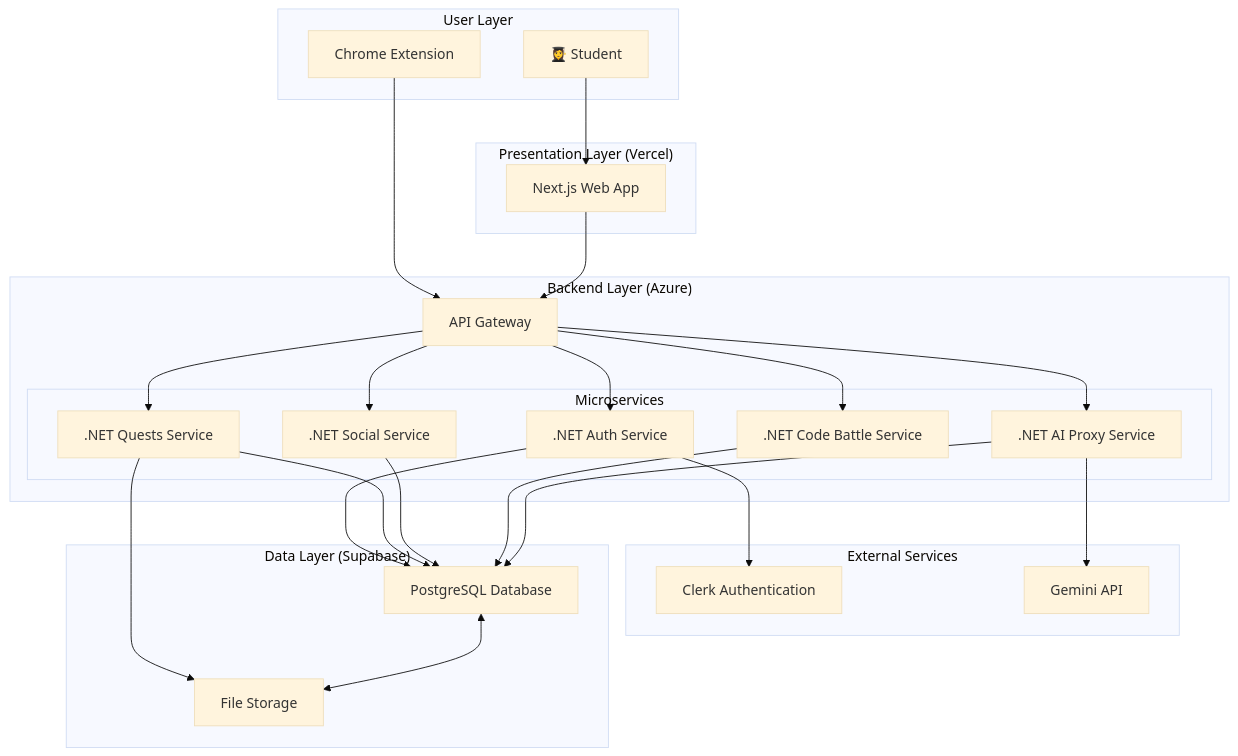
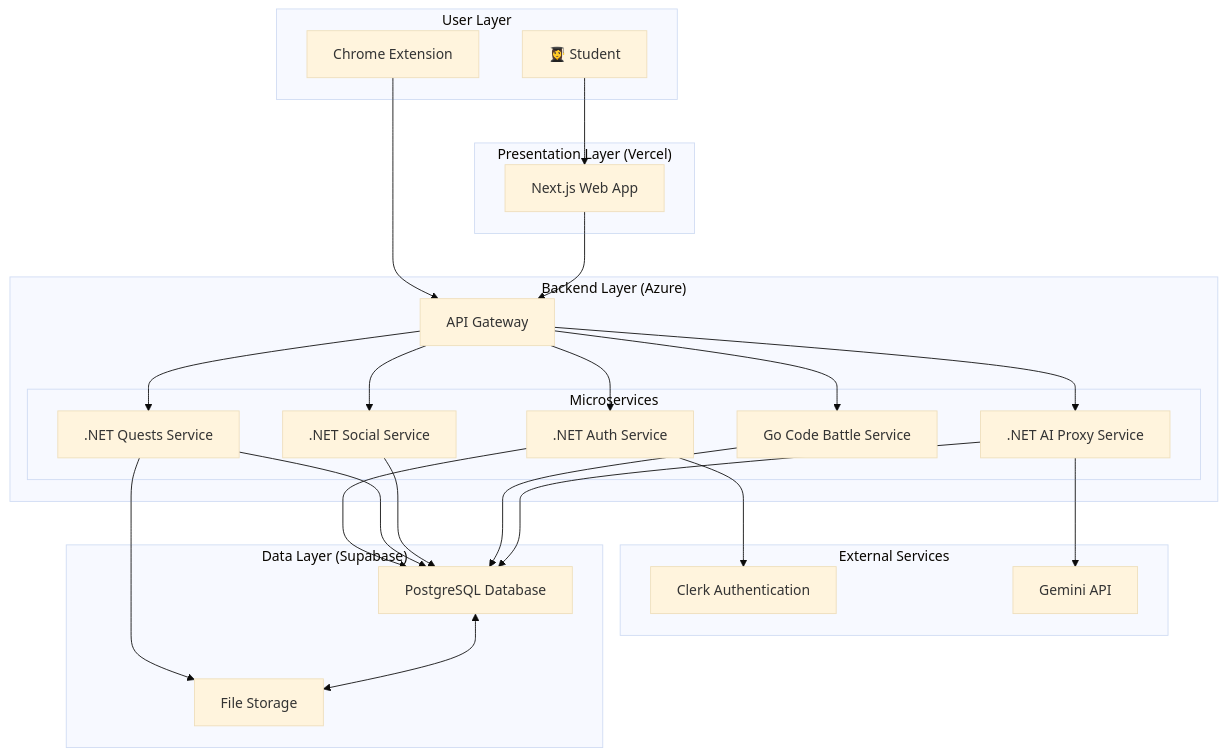
The first of 3 diagrams in docs/fullstack-architecture.md (FA25SE050-RogueLearn/RogueLearn.BMAD.Documentation), drawn with Mermaid (base theme) before and after one commit. The commit also changed other lines of this file, not shown here.

````diff
--- a/docs/fullstack-architecture.md
+++ b/docs/fullstack-architecture.md
@@ -63,59 +63,59 @@
 ```mermaid
 graph TD
     subgraph "User Layer"
         User[👩‍🎓 Student]
         BrowserExtension[Chrome Extension]
     end
 
     subgraph "Presentation Layer (Vercel)"
         Frontend[Next.js Web App]
     end
 
     subgraph "External Services"
         Clerk[Clerk Authentication]
         Gemini[Gemini API]
     end
 
     subgraph "Backend Layer (Azure)"
         APIGateway[API Gateway]
         
         subgraph "Microservices"
             AuthService[.NET Auth Service]
             QuestService[.NET Quests Service]
             SocialService[.NET Social Service]
-            CodeBattleService[.NET Code Battle Service]
+            CodeBattleService[Go Code Battle Service]
             AIProxyService[.NET AI Proxy Service]
         end
     end
 
     subgraph "Data Layer (Supabase)"
         Database[PostgreSQL Database]
         FileStorage[File Storage]
     end
 
     User --> Frontend
     BrowserExtension --> APIGateway
 
     Frontend --> APIGateway
     
     APIGateway --> AuthService
     APIGateway --> QuestService
     APIGateway --> SocialService
     APIGateway --> CodeBattleService
     APIGateway --> AIProxyService
 
     AuthService --> Clerk
     AuthService --> Database
 
     QuestService --> Database
     QuestService --> FileStorage
     
     SocialService --> Database
     
     CodeBattleService --> Database
     
     AIProxyService --> Gemini
     AIProxyService --> Database
 
     Database <--> FileStorage
 ```
````
